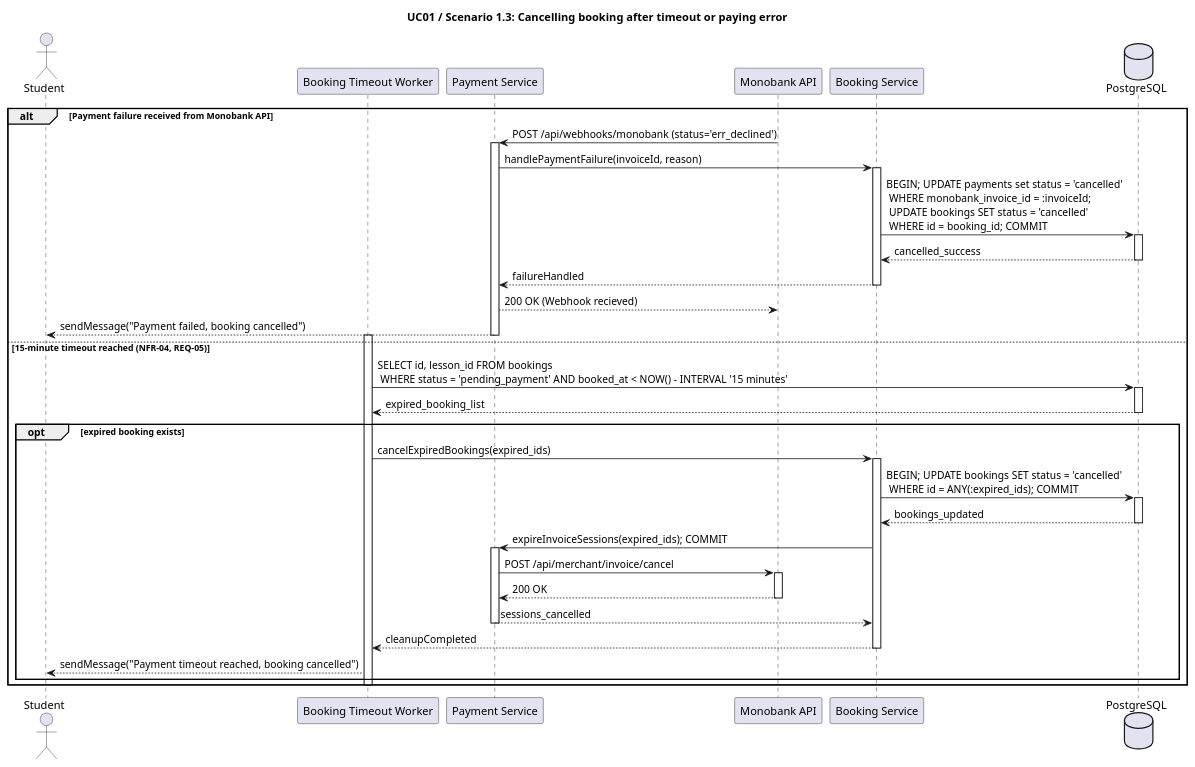
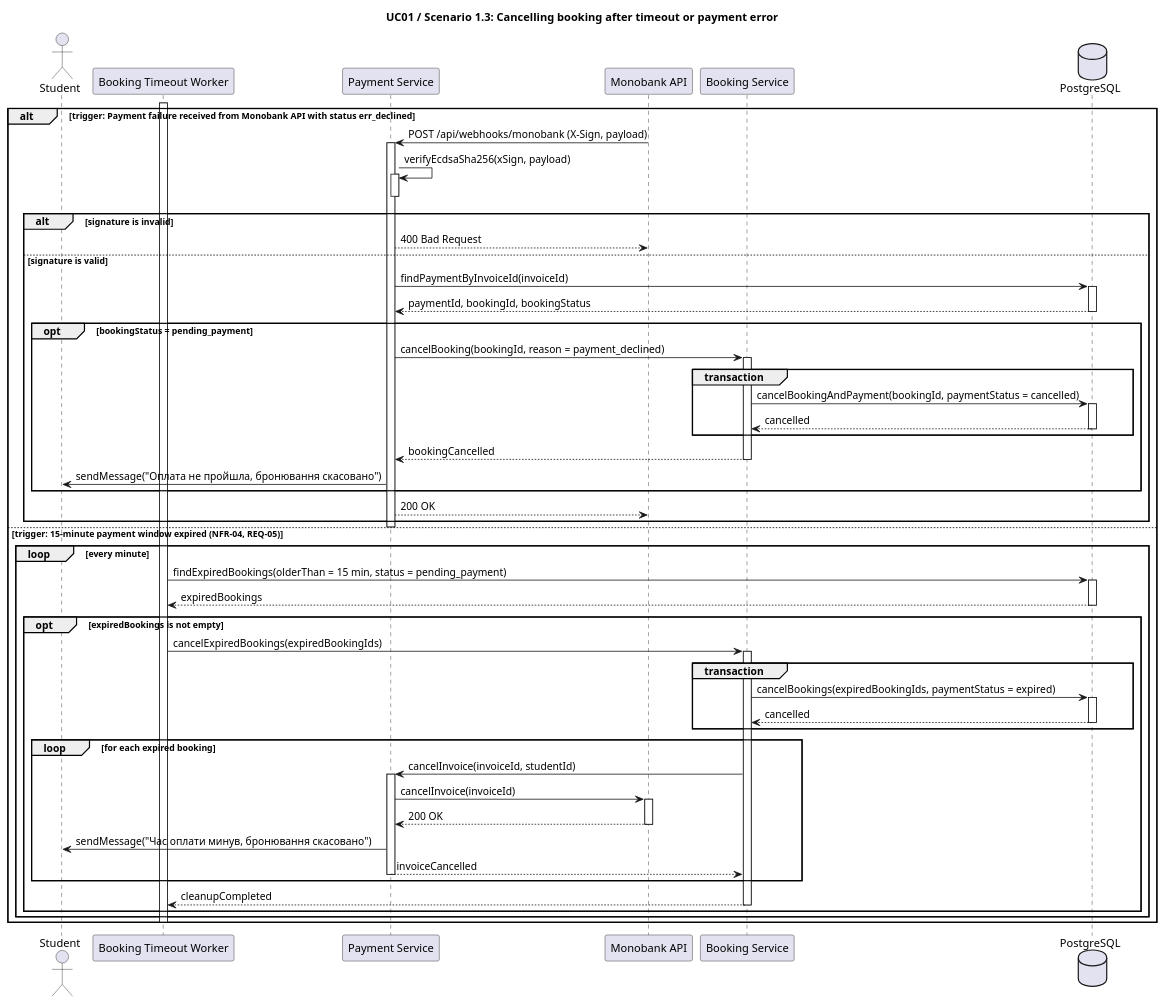
The diagram in lab3/1.3.puml (prashchukdanylo-stack/software-requirements-modeling-and-analysis), drawn with PlantUML before and after one commit.

Commit message:
redone uml for 1.3 diagram

```diff
--- a/lab3/1.3.puml
+++ b/lab3/1.3.puml
@@ -1,68 +1,82 @@
 @startuml
-title UC01 / Scenario 1.3: Cancelling booking after timeout or paying error
+title UC01 / Scenario 1.3: Cancelling booking after timeout or payment error
 
 
 actor "Student" as Student
 participant "Booking Timeout Worker" as Worker
 participant "Payment Service" as PaymentService
 participant "Monobank API" as MonobankAPI
 participant "Booking Service" as BookingService
 database "PostgreSQL" as DB
 
-alt Payment failure received from Monobank API
-MonobankAPI -> PaymentService: POST /api/webhooks/monobank (status='err_declined')
-activate PaymentService
+alt trigger: Payment failure received from Monobank API with status err_declined
+    MonobankAPI -> PaymentService: POST /api/webhooks/monobank (X-Sign, payload)
+    activate PaymentService
 
-PaymentService -> BookingService: handlePaymentFailure(invoiceId, reason)
-activate BookingService
+    PaymentService -> PaymentService: verifyEcdsaSha256(xSign, payload)
+    activate PaymentService
+    deactivate PaymentService
 
-BookingService -> DB: BEGIN; UPDATE payments set status = 'cancelled' \n WHERE monobank_invoice_id = :invoiceId; \n UPDATE bookings SET status = 'cancelled' \n WHERE id = booking_id; COMMIT
-activate DB
+    alt signature is invalid
+        PaymentService --> MonobankAPI: 400 Bad Request
+    else signature is valid
+        PaymentService -> DB: findPaymentByInvoiceId(invoiceId)
+        activate DB
+        DB --> PaymentService: paymentId, bookingId, bookingStatus
+        deactivate DB 
 
-DB --> BookingService: cancelled_success
-deactivate DB
+        opt bookingStatus = pending_payment
+            PaymentService -> BookingService: cancelBooking(bookingId, reason = payment_declined)
+            activate BookingService
+            group transaction
+                BookingService -> DB: cancelBookingAndPayment(bookingId, paymentStatus = cancelled)
+                activate DB
+                DB --> BookingService: cancelled
+                deactivate DB
+            end
+            BookingService --> PaymentService: bookingCancelled
+            deactivate BookingService
+            PaymentService -> Student: sendMessage("Оплата не пройшла, бронювання скасовано")
+        end
+        PaymentService --> MonobankAPI: 200 OK
+    end
+    deactivate PaymentService
+else trigger: 15-minute payment window expired (NFR-04, REQ-05)
+    activate Worker
+    loop every minute
+        Worker -> DB: findExpiredBookings(olderThan = 15 min, status = pending_payment)
+        activate DB
+        DB --> Worker: expiredBookings
+        deactivate DB
 
-BookingService --> PaymentService: failureHandled
-deactivate BookingService
+        opt expiredBookings is not empty
+            Worker -> BookingService: cancelExpiredBookings(expiredBookingIds)
+            activate BookingService
 
-PaymentService --> MonobankAPI: 200 OK (Webhook recieved)
-PaymentService --> Student: sendMessage("Payment failed, booking cancelled")
-deactivate PaymentService
-else 15-minute timeout reached (NFR-04, REQ-05)
-activate Worker
-Worker -> DB: SELECT id, lesson_id FROM bookings \n WHERE status = 'pending_payment' AND booked_at < NOW() - INTERVAL '15 minutes'
-activate DB
+            group transaction
+                BookingService -> DB: cancelBookings(expiredBookingIds, paymentStatus = expired)
+                activate DB
+                DB --> BookingService: cancelled
+                deactivate DB
+            end
 
-DB --> Worker: expired_booking_list
-deactivate DB
+            loop for each expired booking
+                BookingService -> PaymentService: cancelInvoice(invoiceId, studentId)
+                activate PaymentService
+                PaymentService -> MonobankAPI: cancelInvoice(invoiceId)
+                activate MonobankAPI
+                MonobankAPI --> PaymentService: 200 OK
+                deactivate MonobankAPI
+                PaymentService -> Student: sendMessage("Час оплати минув, бронювання скасовано")
+                PaymentService --> BookingService: invoiceCancelled
+                deactivate PaymentService
+            end
 
-opt expired booking exists
-Worker -> BookingService: cancelExpiredBookings(expired_ids)
-activate BookingService
-
-BookingService -> DB: BEGIN; UPDATE bookings SET status = 'cancelled' \n WHERE id = ANY(:expired_ids); COMMIT
-activate DB
-
-DB --> BookingService: bookings_updated
-deactivate DB
-
-BookingService -> PaymentService: expireInvoiceSessions(expired_ids); COMMIT
-activate PaymentService
-
-PaymentService -> MonobankAPI: POST /api/merchant/invoice/cancel
-activate MonobankAPI
-
-MonobankAPI --> PaymentService: 200 OK
-deactivate MonobankAPI
-
-PaymentService --> BookingService: sessions_cancelled
-deactivate PaymentService
-
-BookingService --> Worker: cleanupCompleted
-deactivate BookingService
-
-Worker --> Student: sendMessage("Payment timeout reached, booking cancelled")
-end
-deactivate Worker
+            BookingService --> Worker: cleanupCompleted
+            deactivate BookingService
+        end
+    end
+    
+    deactivate Worker
 end
 @enduml
```
